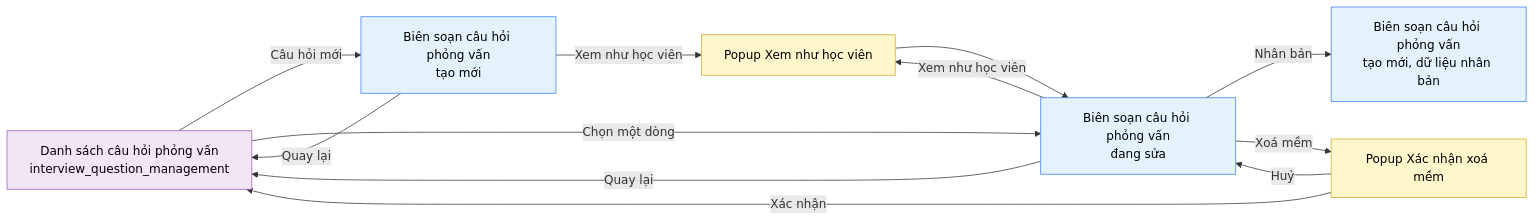
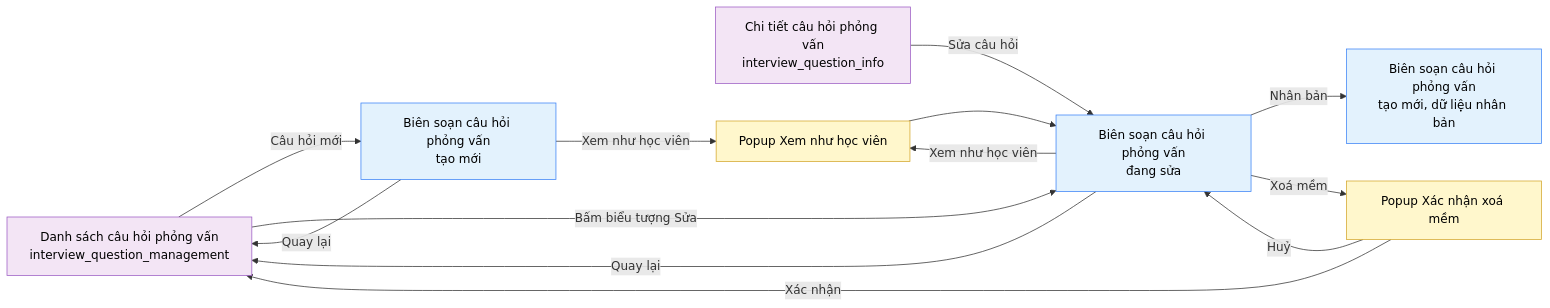
One commit to daiphu1801/PRJ_ALGOPREP changed the diagram in 02-bd/screens/shared/SHR0302_interview_question_authoring.md. Above: the diagram before and after it, drawn with Mermaid. The commit also changed other lines of this file and 216 other files, not shown here.

````diff
--- a/02-bd/screens/shared/SHR0302_interview_question_authoring.md
+++ b/02-bd/screens/shared/SHR0302_interview_question_authoring.md
@@ -186,22 +216,23 @@
 ```mermaid
 flowchart LR
     list["Danh sách câu hỏi phỏng vấn<br/>interview_question_management"] -->|"Câu hỏi mới"| createNew["Biên soạn câu hỏi phỏng vấn<br/>tạo mới"]
-    list -->|"Chọn một dòng"| editExisting["Biên soạn câu hỏi phỏng vấn<br/>đang sửa"]
+    list -->|"Bấm biểu tượng Sửa"| editExisting["Biên soạn câu hỏi phỏng vấn<br/>đang sửa"]
+    info["Chi tiết câu hỏi phỏng vấn<br/>interview_question_info"] -->|"Sửa câu hỏi"| editExisting
     createNew -->|"Quay lại"| list
     editExisting -->|"Quay lại"| list
     editExisting -->|"Nhân bản"| dupNew["Biên soạn câu hỏi phỏng vấn<br/>tạo mới, dữ liệu nhân bản"]
     editExisting -->|"Xoá mềm"| confirmDelete["Popup Xác nhận xoá mềm"]
     confirmDelete -->|"Xác nhận"| list
     confirmDelete -->|"Huỷ"| editExisting
     createNew -->|"Xem như học viên"| preview["Popup Xem như học viên"]
     editExisting -->|"Xem như học viên"| preview
     preview --> editExisting
 
     classDef source fill:#F3E5F5,stroke:#9C5CC4,color:#000
     classDef screen fill:#E3F2FD,stroke:#3B82F6,color:#000
     classDef popup fill:#FFF7CC,stroke:#D4A72C,color:#000
 
-    class list source
+    class list,info source
     class createNew,editExisting,dupNew screen
     class confirmDelete,preview popup
 ```
````
